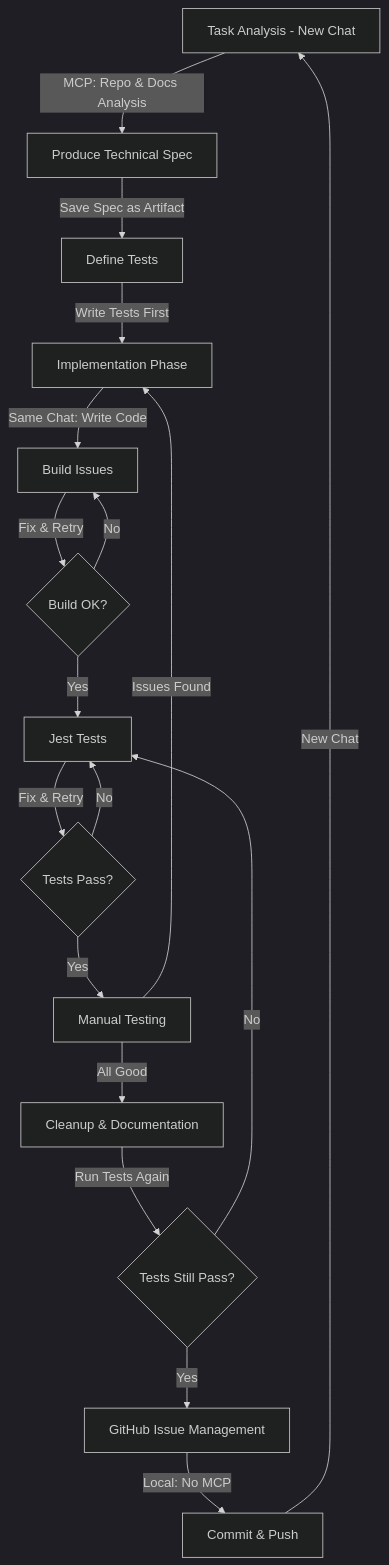
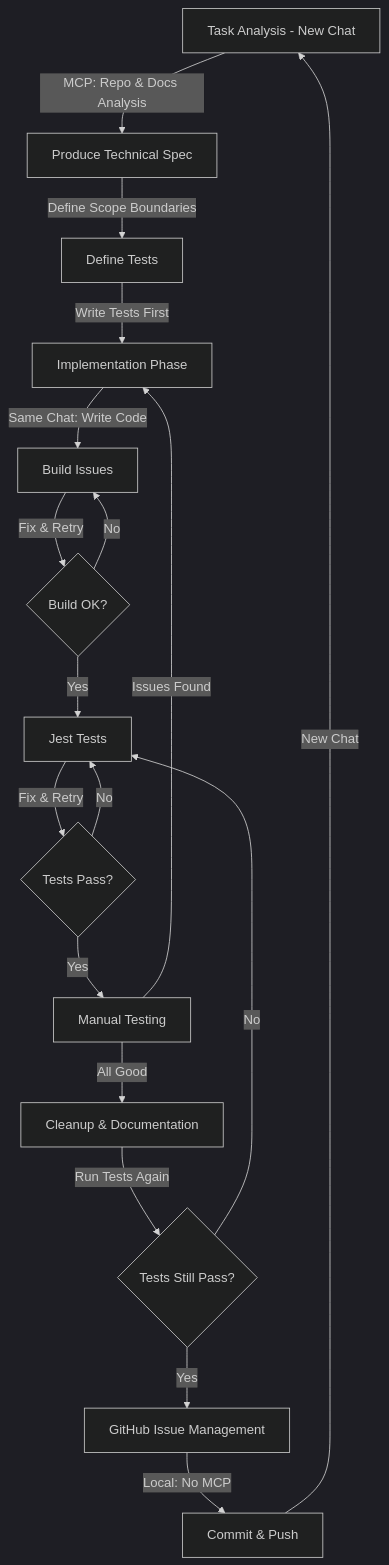
The diagram in Docs/development/workflows/claude-app-workflow.md (jerseycheese/BootHillGM), drawn with Mermaid (dark theme) before and after one commit. The commit also changed other lines of this file and 3 other files, not shown here.

````diff
--- a/Docs/development/workflows/claude-app-workflow.md
+++ b/Docs/development/workflows/claude-app-workflow.md
@@ -15,20 +15,20 @@
 ```mermaid
 graph TD
     A[Task Analysis - New Chat] -->|MCP: Repo & Docs Analysis| B[Produce Technical Spec]
-    B -->|Save Spec as Artifact| C[Define Tests]
+    B -->|Define Scope Boundaries| C[Define Tests]
     C -->|Write Tests First| D[Implementation Phase]
     D -->|Same Chat: Write Code| E[Build Issues]
     E -->|Fix & Retry| F{Build OK?}
     F -->|No| E
     F -->|Yes| G[Jest Tests]
     G -->|Fix & Retry| H{Tests Pass?}
     H -->|No| G
     H -->|Yes| I[Manual Testing]
     I -->|Issues Found| D
     I -->|All Good| J[Cleanup & Documentation]
     J -->|Run Tests Again| K{Tests Still Pass?}
     K -->|No| G
     K -->|Yes| L[GitHub Issue Management]
     L -->|Local: No MCP| M[Commit & Push]
     M -->|New Chat| A
 ```
````
